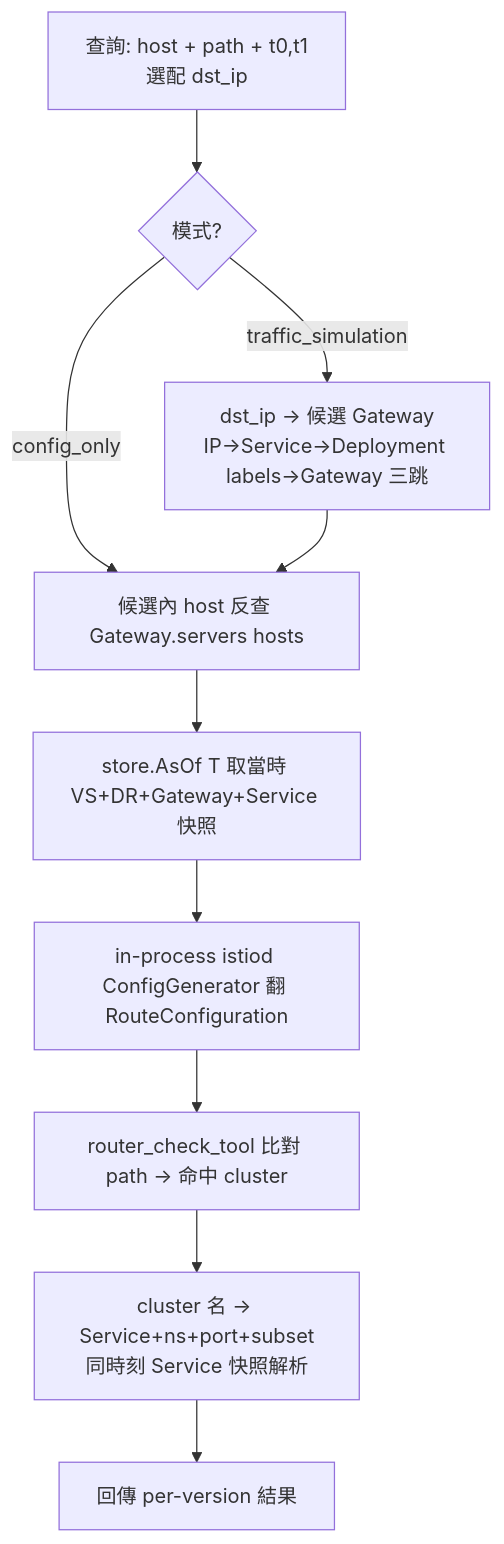
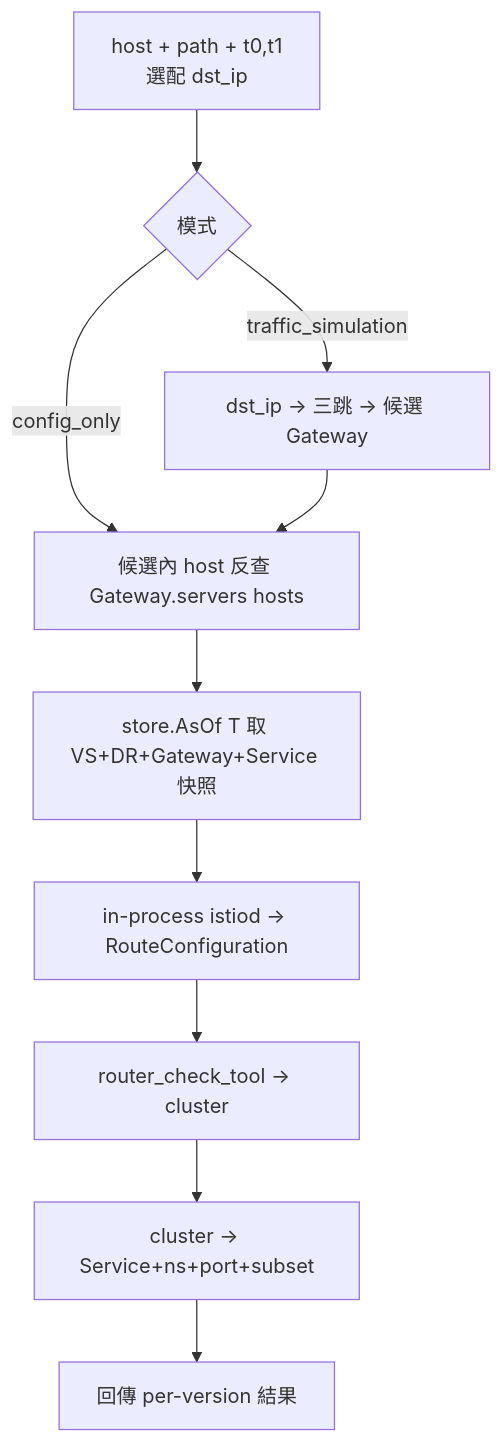
The third of 3 diagrams in docs/istio-virtualservice-routing-history-design.md (jcswiftie13/custom-k8s-resource-metadata-watcher), drawn with Mermaid before and after one commit. The commit also changed other lines of this file and 6 other files, not shown here.

````diff
--- a/docs/istio-virtualservice-routing-history-design.md
+++ b/docs/istio-virtualservice-routing-history-design.md
@@ -170,12 +137,12 @@
 ```mermaid
 graph TD
-    Q[查詢: host + path + t0,t1<br/>選配 dst_ip] --> M{模式?}
-    M -->|traffic_simulation| P[dst_ip → 候選 Gateway<br/>IP→Service→Deployment labels→Gateway 三跳]
+    Q[host + path + t0,t1<br/>選配 dst_ip] --> M{模式}
+    M -->|traffic_simulation| P[dst_ip → 三跳 → 候選 Gateway]
     M -->|config_only| S2
     P --> S2[候選內 host 反查 Gateway.servers hosts]
-    S2 --> T1[store.AsOf T 取當時 VS+DR+Gateway+Service 快照]
-    T1 --> T2[in-process istiod ConfigGenerator 翻 RouteConfiguration]
-    T2 --> U[router_check_tool 比對 path → 命中 cluster]
-    U --> W[cluster 名 → Service+ns+port+subset<br/>同時刻 Service 快照解析]
+    S2 --> T1[store.AsOf T 取 VS+DR+Gateway+Service 快照]
+    T1 --> T2[in-process istiod → RouteConfiguration]
+    T2 --> U[router_check_tool → cluster]
+    U --> W[cluster → Service+ns+port+subset]
     W --> X[回傳 per-version 結果]
 ```
````
